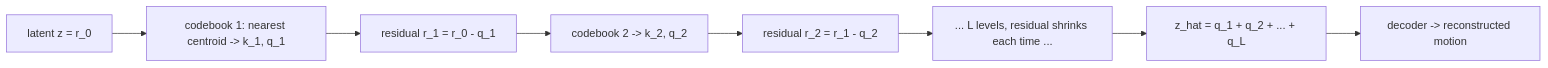
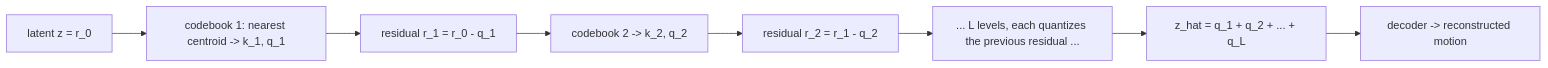
The diagram in doc/notes/lessons/05-rvq-tokenizer.md (CatalinButacu/GenAI-Text2Motion), drawn with Mermaid before and after one commit. The commit also changed other lines of this file and 24 other files, not shown here.

````diff
--- a/doc/notes/lessons/05-rvq-tokenizer.md
+++ b/doc/notes/lessons/05-rvq-tokenizer.md
@@ -84,10 +124,10 @@
 ```mermaid
 flowchart LR
   Z["latent z = r_0"] --> Q1["codebook 1: nearest centroid -> k_1, q_1"]
   Q1 --> R1["residual r_1 = r_0 - q_1"]
   R1 --> Q2["codebook 2 -> k_2, q_2"]
   Q2 --> R2["residual r_2 = r_1 - q_2"]
-  R2 --> D["... L levels, residual shrinks each time ..."]
+  R2 --> D["... L levels, each quantizes the previous residual ..."]
   D --> S["z_hat = q_1 + q_2 + ... + q_L"]
   S --> DEC["decoder -> reconstructed motion"]
 ```
````
